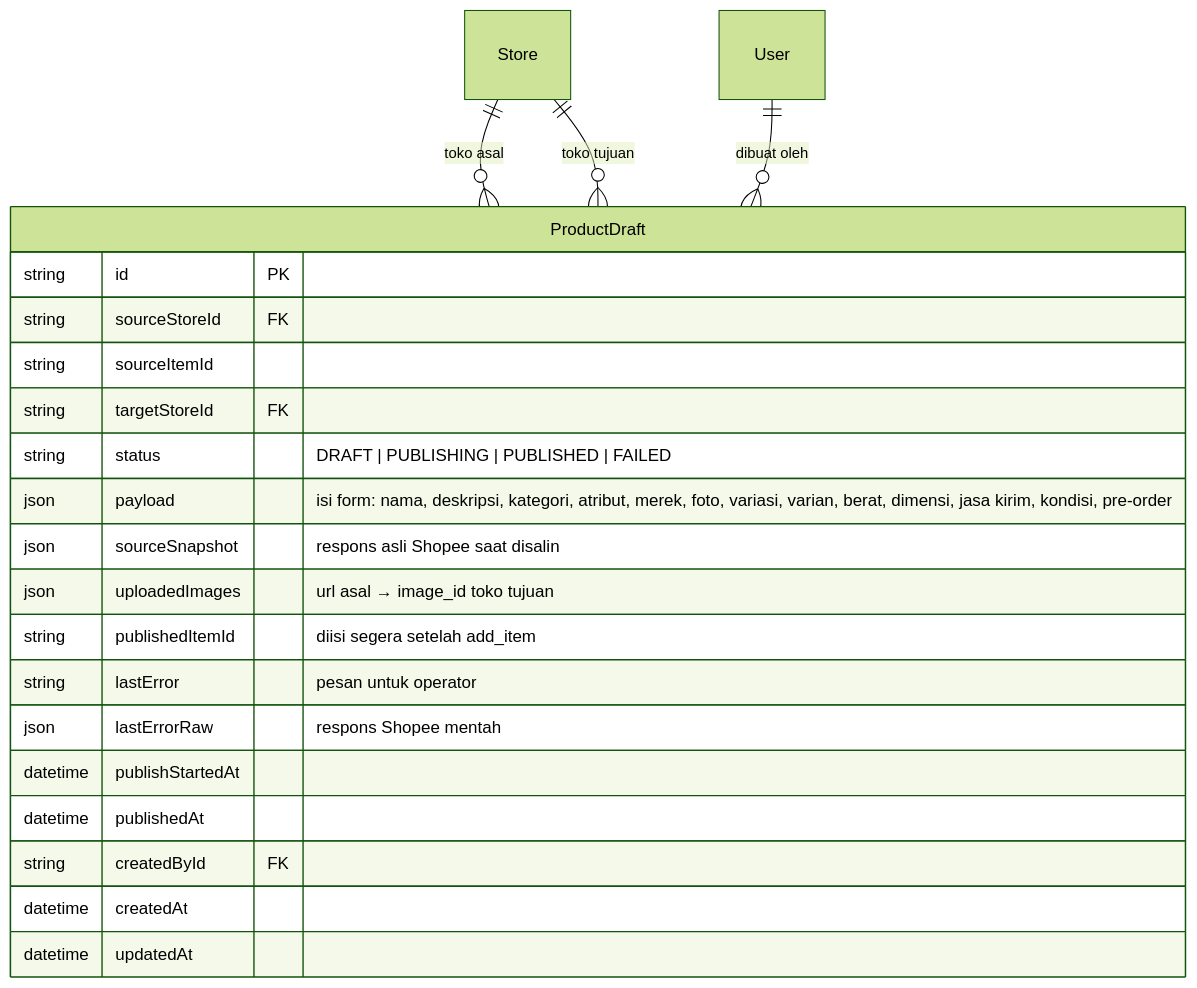
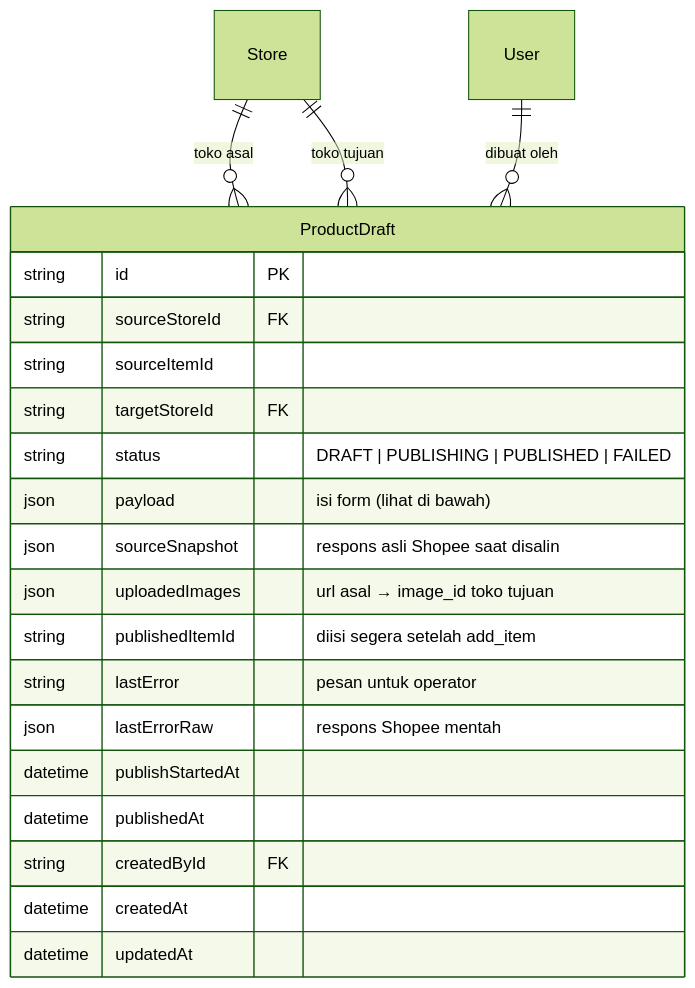
One commit to rizkyzaneva-sukses/ordermanagement changed the second of 2 diagrams in PRD-salin-produk.md. Above: the diagram before and after it, drawn with Mermaid (forest theme). The commit also changed other lines of this file and 1 other file, not shown here.

````diff
--- a/PRD-salin-produk.md
+++ b/PRD-salin-produk.md
@@ -162,25 +207,25 @@
 ```mermaid
 erDiagram
     Store ||--o{ ProductDraft : "toko asal"
     Store ||--o{ ProductDraft : "toko tujuan"
     User  ||--o{ ProductDraft : "dibuat oleh"
 
     ProductDraft {
         string   id PK
         string   sourceStoreId FK
         string   sourceItemId
         string   targetStoreId FK
         string   status "DRAFT | PUBLISHING | PUBLISHED | FAILED"
-        json     payload "isi form: nama, deskripsi, kategori, atribut, merek, foto, variasi, varian, berat, dimensi, jasa kirim, kondisi, pre-order"
+        json     payload "isi form (lihat di bawah)"
         json     sourceSnapshot "respons asli Shopee saat disalin"
         json     uploadedImages "url asal → image_id toko tujuan"
         string   publishedItemId "diisi segera setelah add_item"
         string   lastError "pesan untuk operator"
         json     lastErrorRaw "respons Shopee mentah"
         datetime publishStartedAt
         datetime publishedAt
         string   createdById FK
         datetime createdAt
         datetime updatedAt
     }
 ```
````
